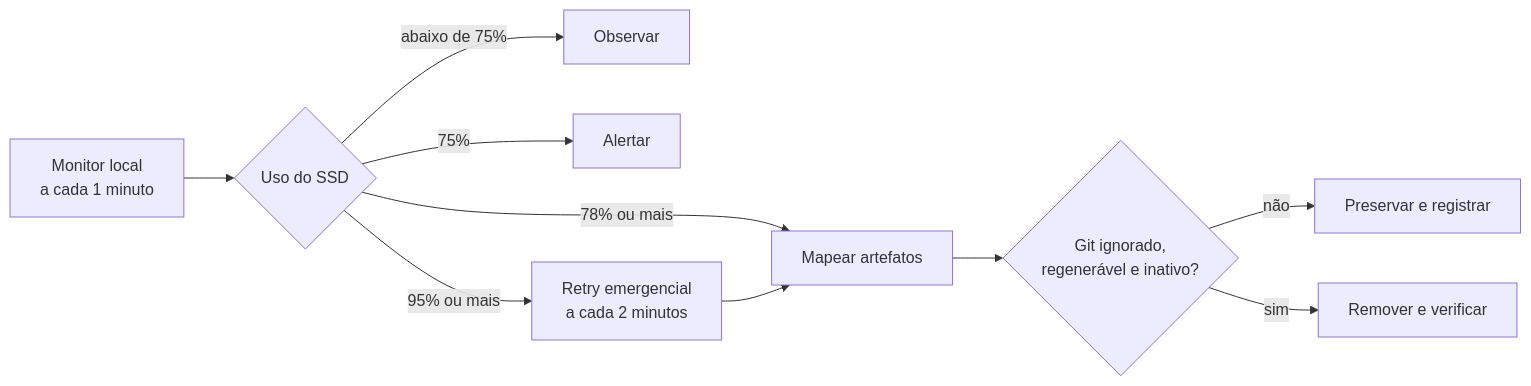
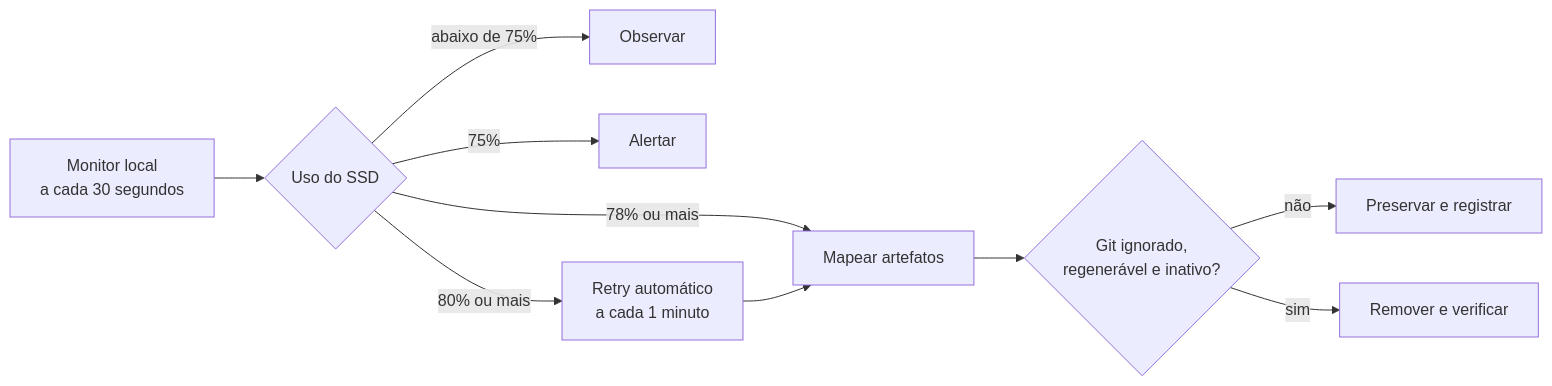
The diagram in README.md (luisroquette/clean-my-mac), drawn with Mermaid before and after one commit. The commit also changed other lines of this file and 8 other files, not shown here.

````diff
--- a/README.md
+++ b/README.md
@@ -55,12 +55,12 @@
 ```mermaid
 flowchart LR
-    A[Monitor local\na cada 1 minuto] --> B{Uso do SSD}
+    A[Monitor local\na cada 30 segundos] --> B{Uso do SSD}
     B -->|abaixo de 75%| C[Observar]
     B -->|75%| D[Alertar]
     B -->|78% ou mais| E[Mapear artefatos]
     E --> F{Git ignorado,\nregenerável e inativo?}
     F -->|não| G[Preservar e registrar]
     F -->|sim| H[Remover e verificar]
-    B -->|95% ou mais| I[Retry emergencial\na cada 2 minutos]
+    B -->|80% ou mais| I[Retry automático\na cada 1 minuto]
     I --> E
 ```
````
